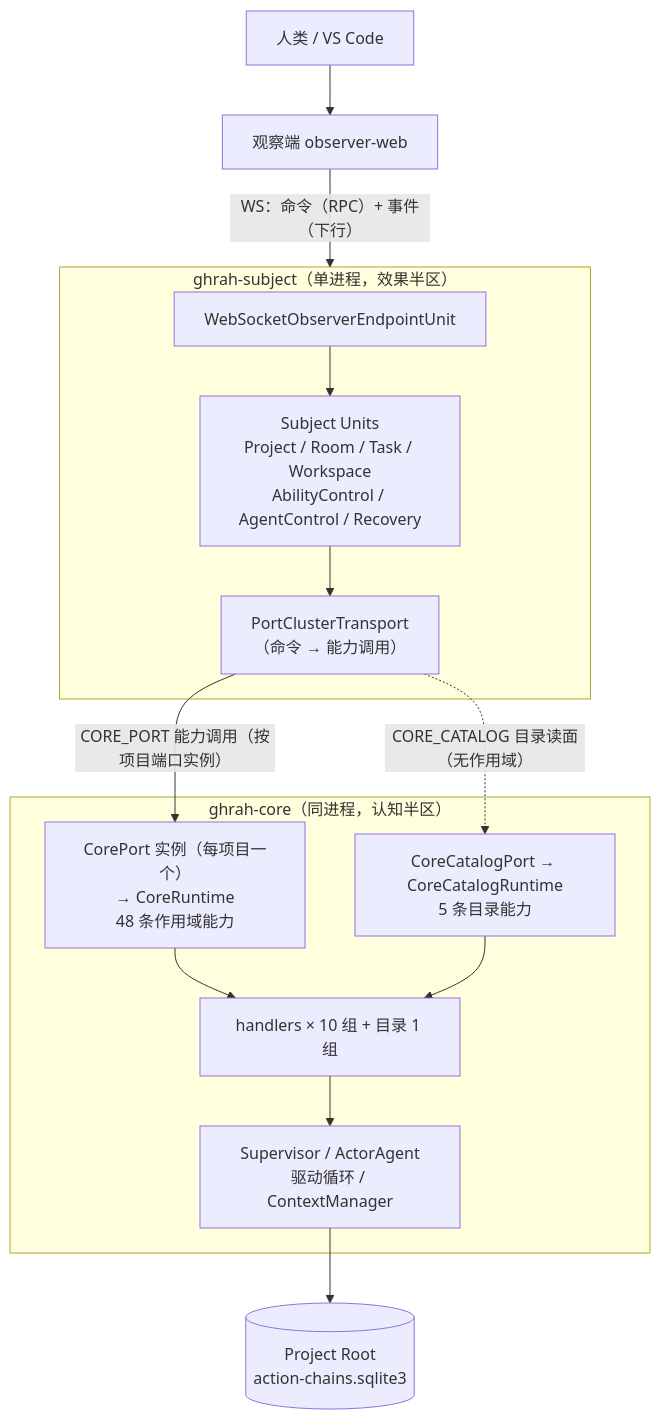
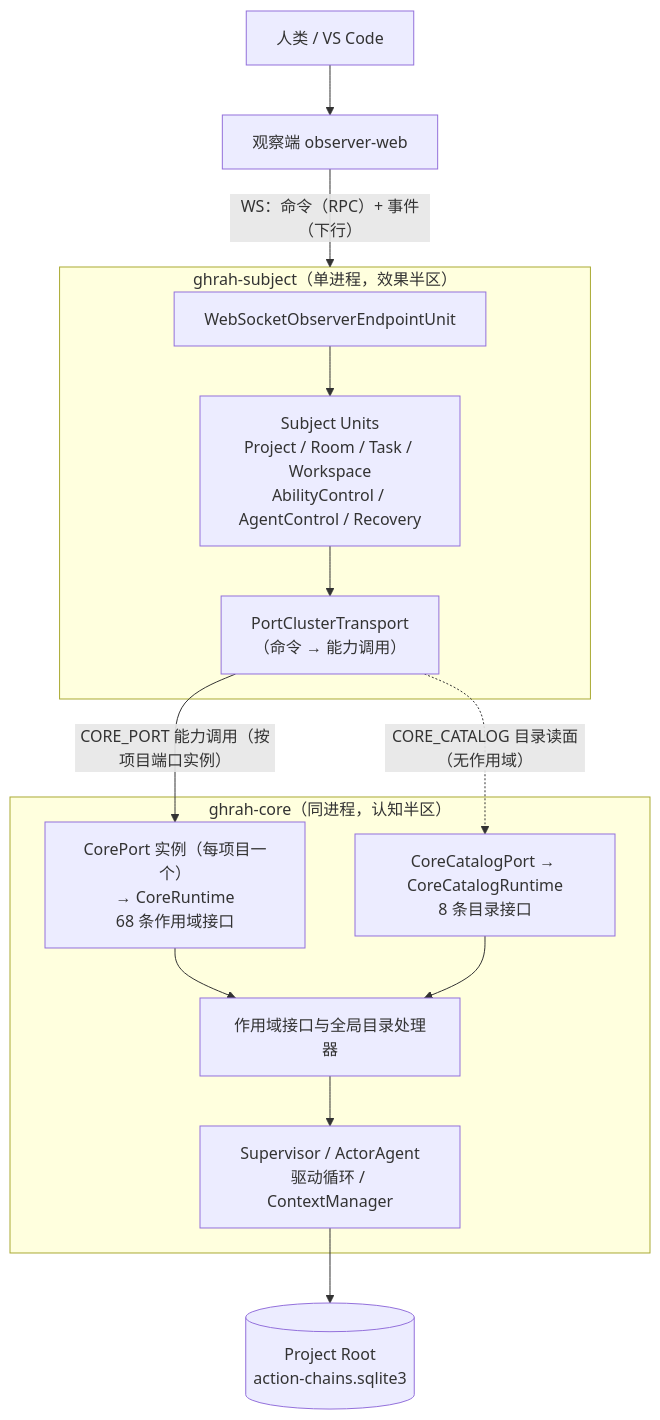
One commit to ghrah-org/ghrah-monorepo changed the first of 9 diagrams in docs/ARCHITECTURE.md. Above: the diagram before and after it, drawn with Mermaid. The commit also changed other lines of this file and 72 other files, not shown here.

````diff
--- a/docs/ARCHITECTURE.md
+++ b/docs/ARCHITECTURE.md
@@ -67,28 +67,28 @@
 ```mermaid
 graph TB
     Human["人类 / VS Code"] --> WEB["观察端 observer-web"]
     WEB -->|"WS：命令（RPC）+ 事件（下行）"| SUBJ
 
     subgraph SUBJ["ghrah-subject（单进程，效果半区）"]
         WSEnd["WebSocketObserverEndpointUnit"]
         Units["Subject Units<br/>Project / Room / Task / Workspace<br/>AbilityControl / AgentControl / Recovery"]
         XPort["PortClusterTransport<br/>（命令 → 能力调用）"]
         WSEnd --> Units
         Units --> XPort
     end
 
     XPort -->|"CORE_PORT 能力调用（按项目端口实例）"| FACADE
     XPort -.->|"CORE_CATALOG 目录读面（无作用域）"| CATALOG
 
     subgraph CORE["ghrah-core（同进程，认知半区）"]
-        FACADE["CorePort 实例（每项目一个）<br/>→ CoreRuntime<br/>48 条作用域能力"]
-        CATALOG["CoreCatalogPort → CoreCatalogRuntime<br/>5 条目录能力"]
-        H["handlers × 10 组 + 目录 1 组"]
+        FACADE["CorePort 实例（每项目一个）<br/>→ CoreRuntime<br/>68 条作用域接口"]
+        CATALOG["CoreCatalogPort → CoreCatalogRuntime<br/>8 条目录接口"]
+        H["作用域接口与全局目录处理器"]
         AG["Supervisor / ActorAgent<br/>驱动循环 / ContextManager"]
         FACADE --> H
         CATALOG --> H
         H --> AG
     end
 
     AG --> DB[("Project Root<br/>action-chains.sqlite3")]
 ```
````
